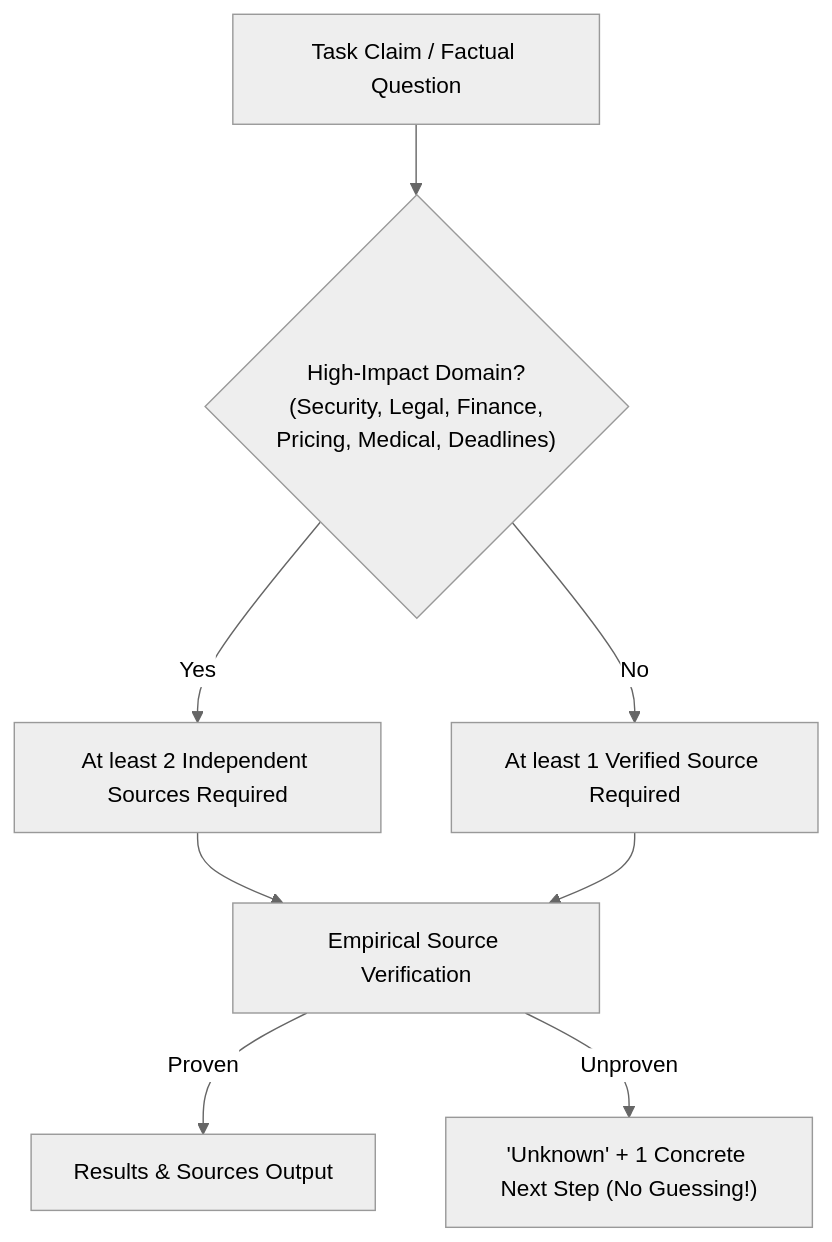
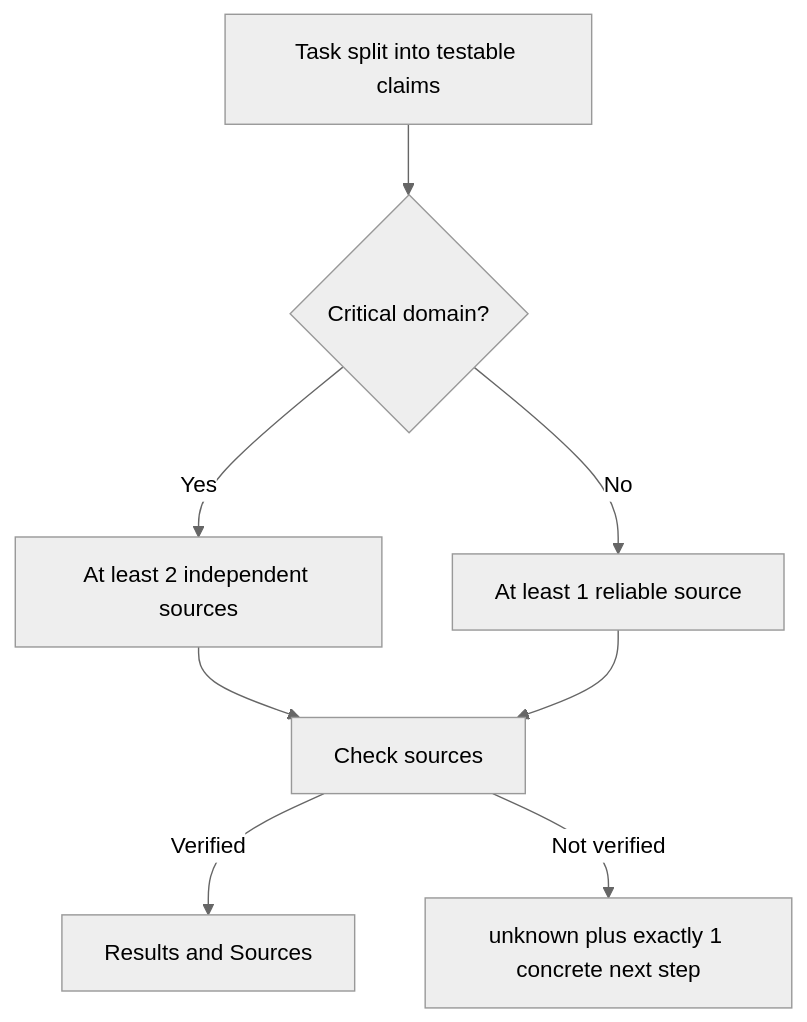
One commit to joelaniol/nova changed the diagram in docs/core-features/evm-and-visual-evidence.md. Above: the diagram before and after it, drawn with Mermaid (neutral theme). The commit also changed other lines of this file and 495 other files, not shown here.

````diff
--- a/docs/core-features/evm-and-visual-evidence.md
+++ b/docs/core-features/evm-and-visual-evidence.md
@@ -22,12 +20,10 @@
 ```mermaid
 flowchart TD
-    Claim["Task Claim / Factual Question"] --> CheckDomain{"High-Impact Domain?
-(Security, Legal, Finance,
-Pricing, Medical, Deadlines)"}
-    CheckDomain -- Yes --> Need2["At least 2 Independent Sources Required"]
-    CheckDomain -- No --> Need1["At least 1 Verified Source Required"]
-    Need2 --> Verify["Empirical Source Verification"]
+    Claim["Task split into testable claims"] --> CheckDomain{"Critical domain?"}
+    CheckDomain -- Yes --> Need2["At least 2 independent sources"]
+    CheckDomain -- No --> Need1["At least 1 reliable source"]
+    Need2 --> Verify["Check sources"]
     Need1 --> Verify
-    Verify -- Proven --> Out["Results & Sources Output"]
-    Verify -- Unproven --> Unknown["'Unknown' + 1 Concrete Next Step (No Guessing!)"]
+    Verify -- Verified --> Out["Results and Sources"]
+    Verify -- Not verified --> Unknown["unknown plus exactly 1 concrete next step"]
 ```
````
